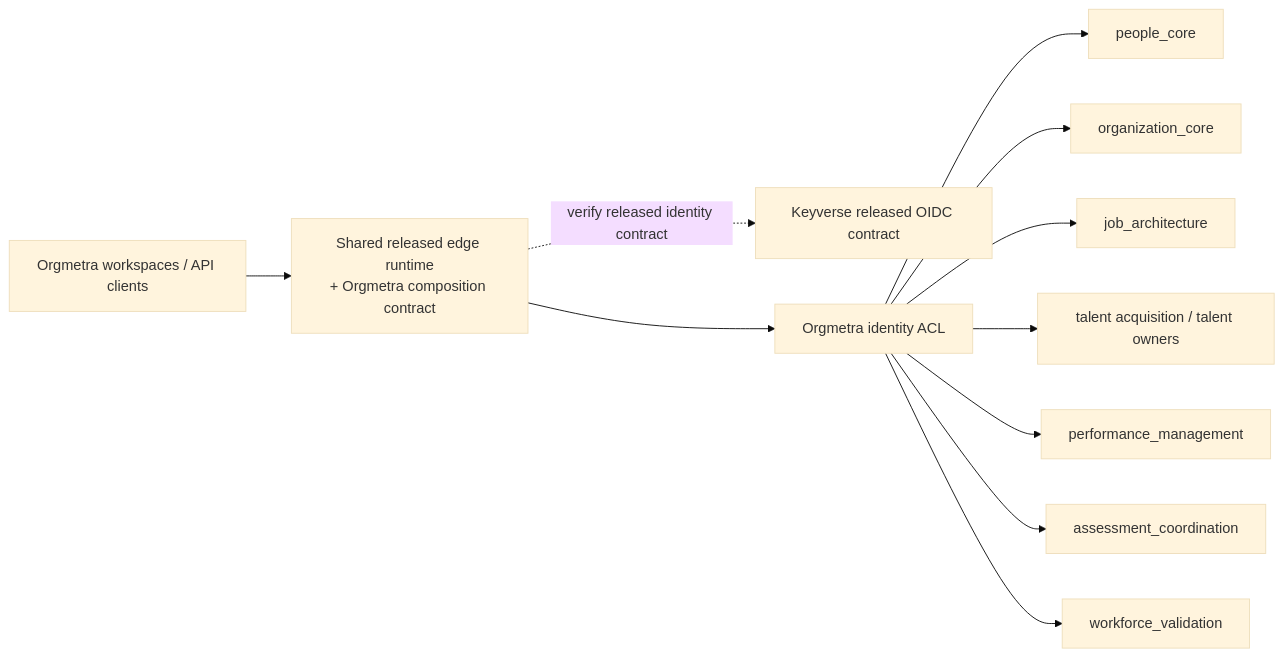
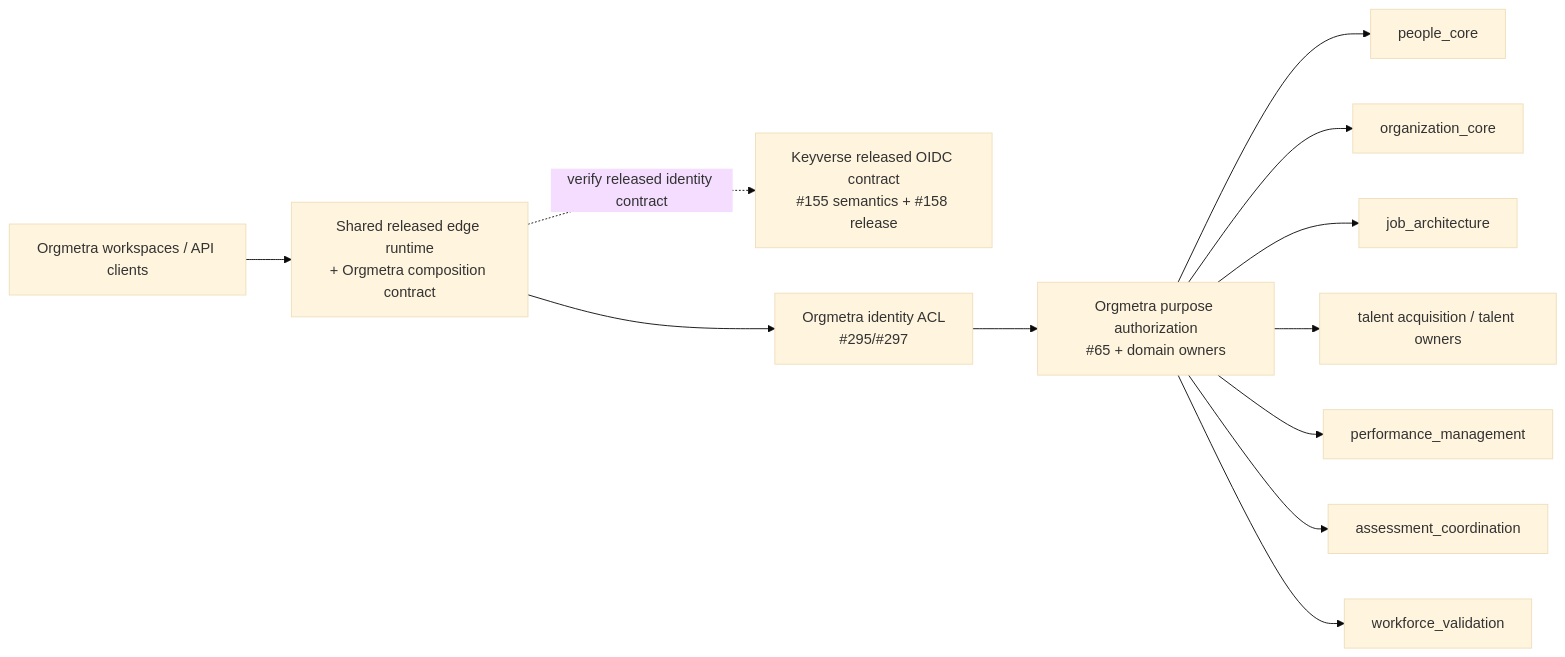
Before and after one commit to ContextualWisdomLab/Orgmetra: the diagram in docs/traceability/gateway-composition-boundary.md, drawn with Mermaid (base theme). The commit also changed other lines of this file, not shown here.

Commit message:
docs(gateway): preserve existing Keyverse ACL owner graph

````diff
--- a/docs/traceability/gateway-composition-boundary.md
+++ b/docs/traceability/gateway-composition-boundary.md
@@ -25,25 +26,27 @@
 ```mermaid
 flowchart LR
     client[Orgmetra workspaces / API clients]
     gateway[Shared released edge runtime\n+ Orgmetra composition contract]
-    keyverse[Keyverse released OIDC contract]
-    identity_acl[Orgmetra identity ACL]
+    keyverse[Keyverse released OIDC contract\n#155 semantics + #158 release]
+    identity_acl[Orgmetra identity ACL\n#295/#297]
+    authz[Orgmetra purpose authorization\n#65 + domain owners]
     people[people_core]
     org[organization_core]
     jobs[job_architecture]
     talent[talent acquisition / talent owners]
     perf[performance_management]
     assess[assessment_coordination]
     validation[workforce_validation]
 
     client --> gateway
     gateway -. verify released identity contract .-> keyverse
     gateway --> identity_acl
-    identity_acl --> people
-    identity_acl --> org
-    identity_acl --> jobs
-    identity_acl --> talent
-    identity_acl --> perf
-    identity_acl --> assess
-    identity_acl --> validation
+    identity_acl --> authz
+    authz --> people
+    authz --> org
+    authz --> jobs
+    authz --> talent
+    authz --> perf
+    authz --> assess
+    authz --> validation
 ```
````
